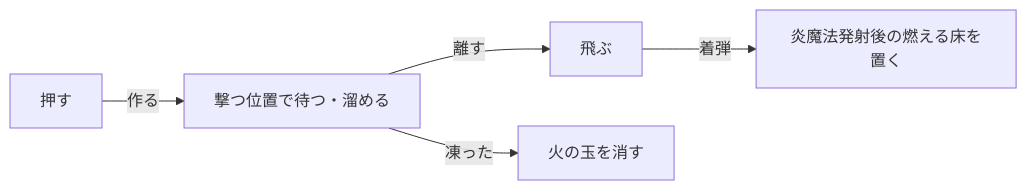
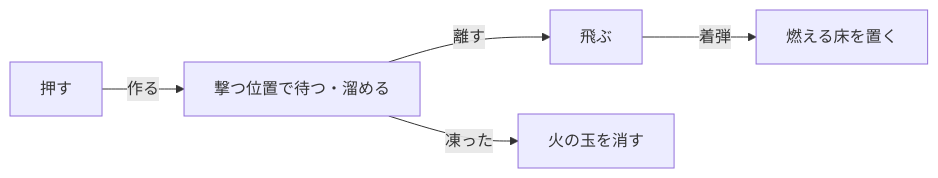
The diagram in Action/docs/ゲーム/魔法/炎魔法/炎魔法の設計.md (hirota-ryuki/Action), drawn with Mermaid before and after one commit. The commit also changed other lines of this file and 60 other files, not shown here.

````diff
--- a/Action/docs/ゲーム/魔法/炎魔法/炎魔法の設計.md
+++ b/Action/docs/ゲーム/魔法/炎魔法/炎魔法の設計.md
@@ -18,7 +24,7 @@
 ```mermaid
 flowchart LR
     P[押す] -->|作る| H[撃つ位置で待つ・溜める]
     H -->|離す| F[飛ぶ]
     H -->|凍った| X[火の玉を消す]
-    F -->|着弾| G[炎魔法発射後の燃える床を置く]
+    F -->|着弾| G[燃える床を置く]
 ```
````
